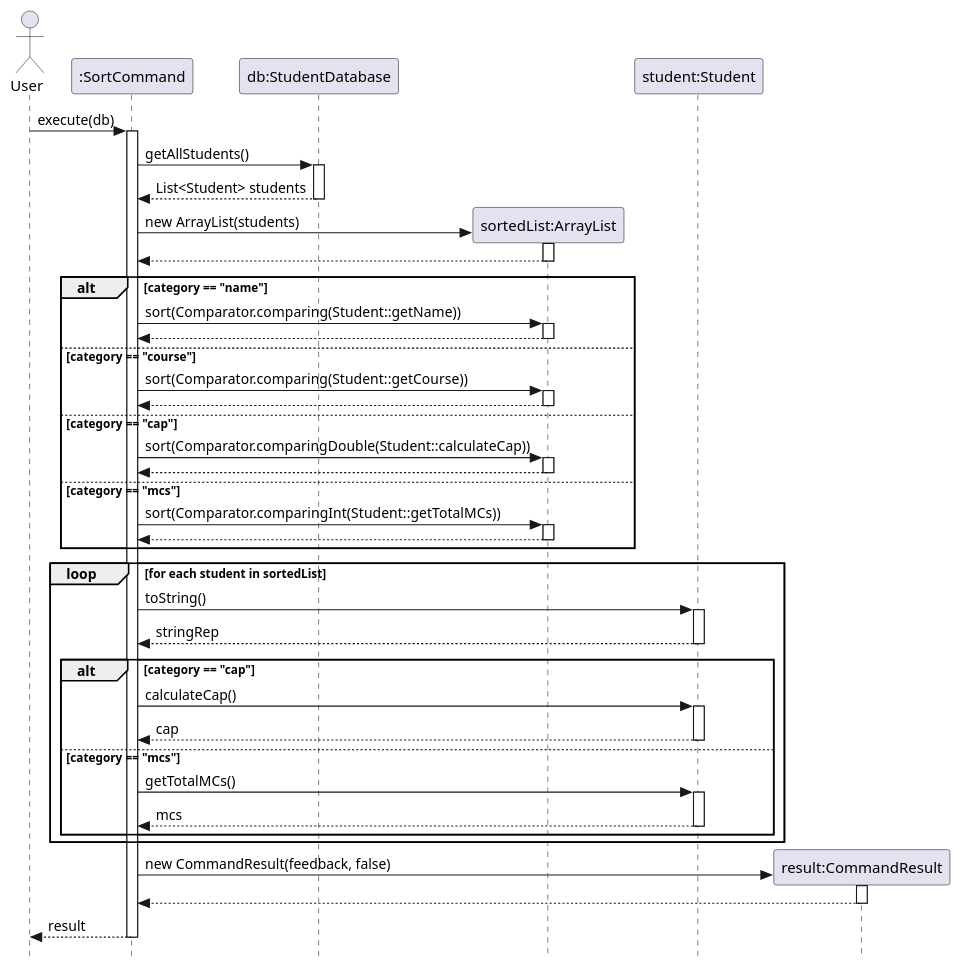
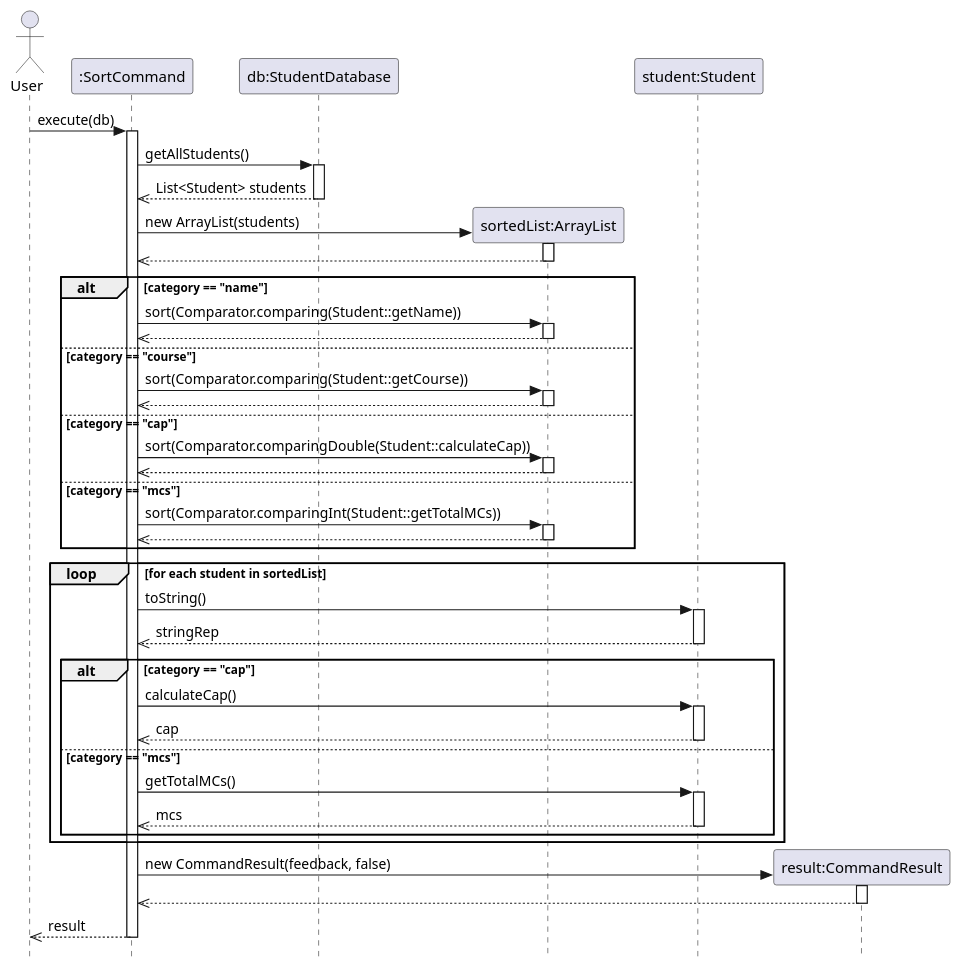
One commit to AgaraNUS/tp changed the diagram in docs/diagrams/SortCommandSD.puml. Above: the diagram before and after it, drawn with PlantUML. The commit also changed 14 other files, not shown here.

```diff
--- a/docs/diagrams/SortCommandSD.puml
+++ b/docs/diagrams/SortCommandSD.puml
@@ -1,75 +1,75 @@
 @startuml
 
 skinparam style strictuml
 
 
 actor User
 participant ":SortCommand" as SC
 participant "db:StudentDatabase" as DB
 participant "sortedList:ArrayList" as AL
 participant "student:Student" as S
 
 User -> SC : execute(db)
 activate SC
 
 SC -> DB : getAllStudents()
 activate DB
-DB --> SC : List<Student> students
+DB -->> SC : List<Student> students
 deactivate DB
 
 create AL
 SC -> AL : new ArrayList(students)
 activate AL
-AL --> SC
+AL -->> SC
 deactivate AL
 
 alt category == "name"
     SC -> AL : sort(Comparator.comparing(Student::getName))
     activate AL
-    AL --> SC
+    AL -->> SC
     deactivate AL
 else category == "course"
     SC -> AL : sort(Comparator.comparing(Student::getCourse))
     activate AL
-    AL --> SC
+    AL -->> SC
     deactivate AL
 else category == "cap"
     SC -> AL : sort(Comparator.comparingDouble(Student::calculateCap))
     activate AL
-    AL --> SC
+    AL -->> SC
     deactivate AL
 else category == "mcs"
     SC -> AL : sort(Comparator.comparingInt(Student::getTotalMCs))
     activate AL
-    AL --> SC
+    AL -->> SC
     deactivate AL
 end
 
 loop for each student in sortedList
     SC -> S : toString()
     activate S
-    S --> SC : stringRep
+    S -->> SC : stringRep
     deactivate S
 
     alt category == "cap"
         SC -> S : calculateCap()
         activate S
-        S --> SC : cap
+        S -->> SC : cap
         deactivate S
     else category == "mcs"
         SC -> S : getTotalMCs()
         activate S
-        S --> SC : mcs
+        S -->> SC : mcs
         deactivate S
     end
 end
 
 create participant "result:CommandResult" as CR
 SC -> CR : new CommandResult(feedback, false)
 activate CR
-CR --> SC
+CR -->> SC
 deactivate CR
 
-SC --> User : result
+SC -->> User : result
 deactivate SC
 @enduml
```
